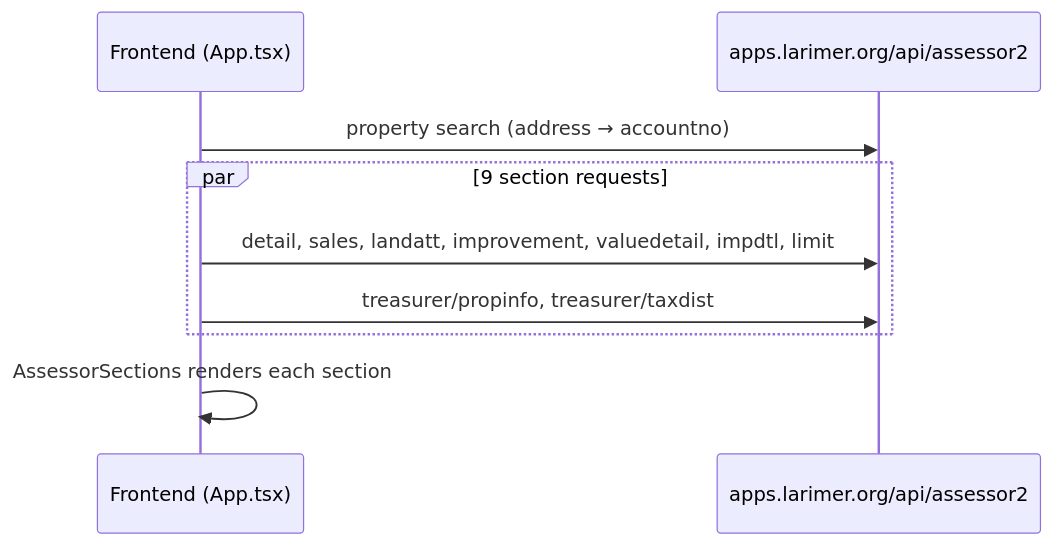
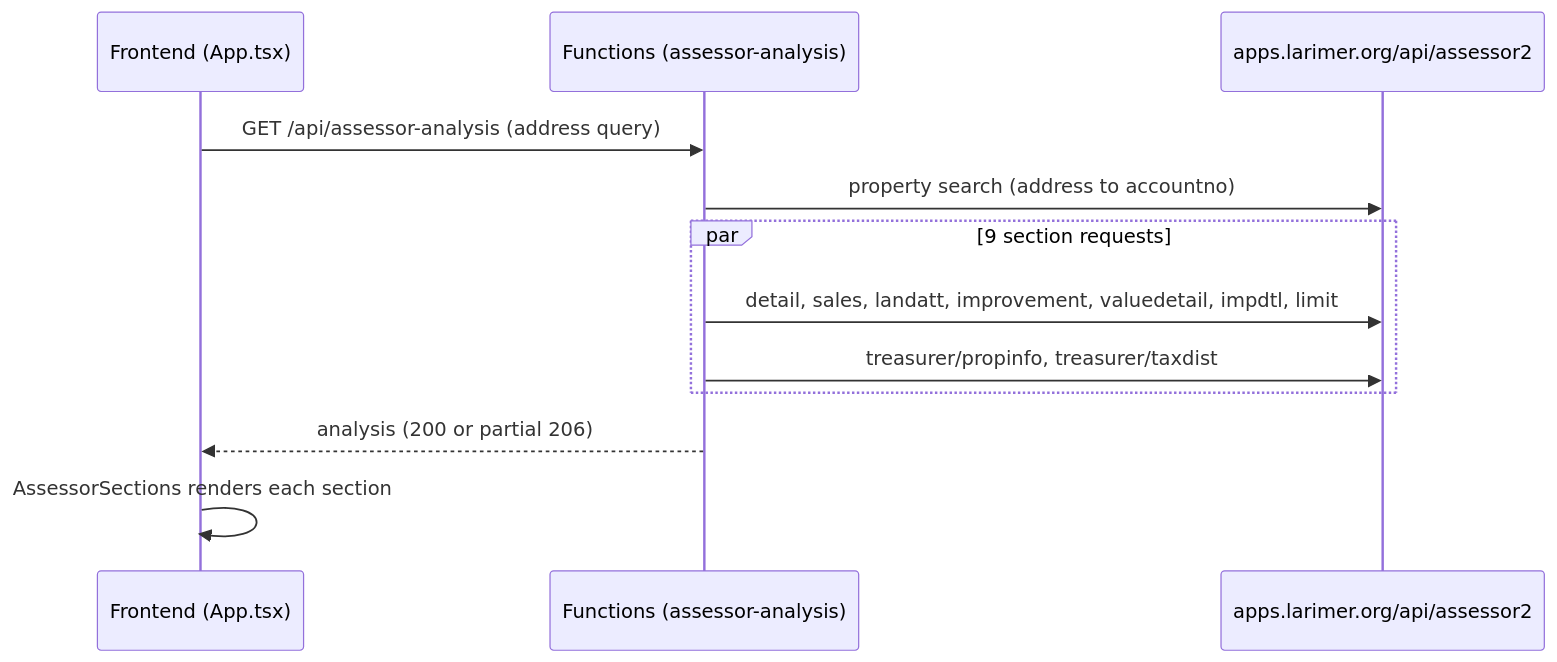
The diagram in README.md (envious777/home-search), drawn with Mermaid before and after one commit. The commit also changed other lines of this file and 5 other files, not shown here.

````diff
--- a/README.md
+++ b/README.md
@@ -133,11 +133,14 @@
 ```mermaid
 sequenceDiagram
   participant UI as Frontend (App.tsx)
+  participant API as Functions (assessor-analysis)
   participant LC as apps.larimer.org/api/assessor2
-  UI->>LC: property search (address → accountno)
+  UI->>API: GET /api/assessor-analysis (address query)
+  API->>LC: property search (address to accountno)
   par 9 section requests
-    UI->>LC: detail, sales, landatt, improvement, valuedetail, impdtl, limit
-    UI->>LC: treasurer/propinfo, treasurer/taxdist
+    API->>LC: detail, sales, landatt, improvement, valuedetail, impdtl, limit
+    API->>LC: treasurer/propinfo, treasurer/taxdist
   end
+  API-->>UI: analysis (200 or partial 206)
   UI->>UI: AssessorSections renders each section
 ```
````
